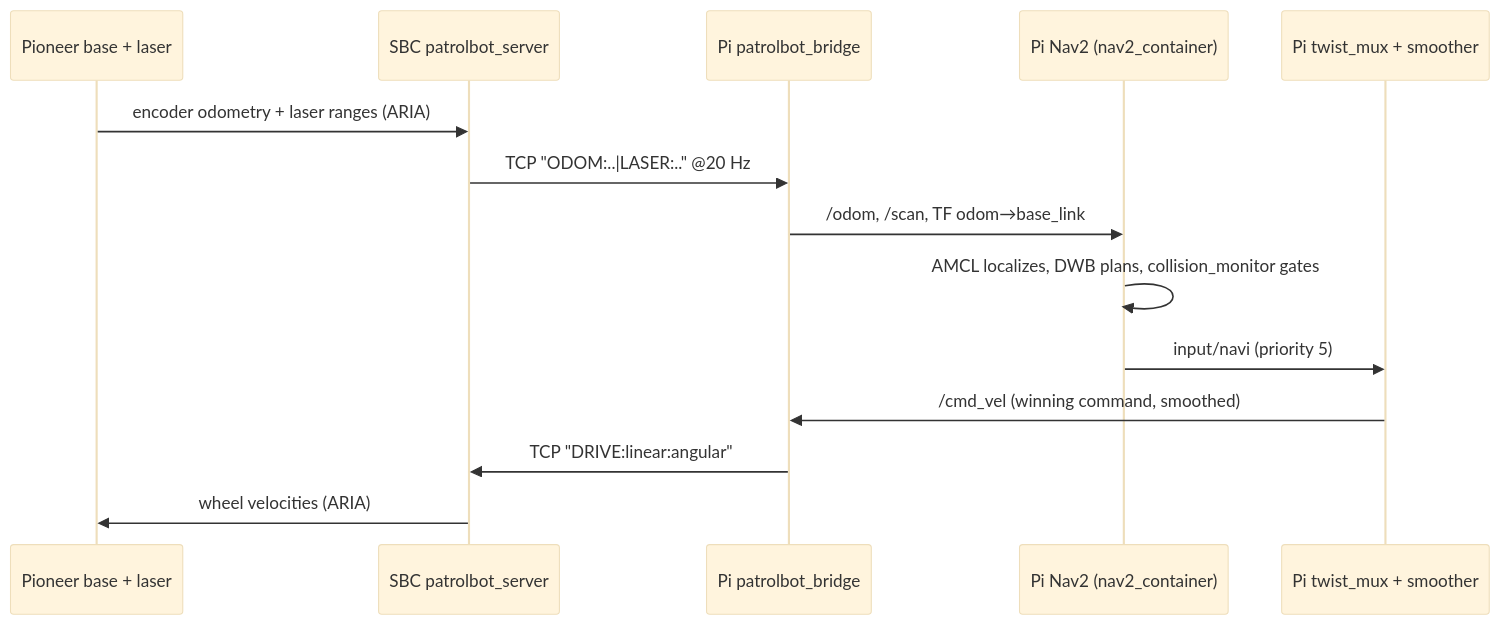
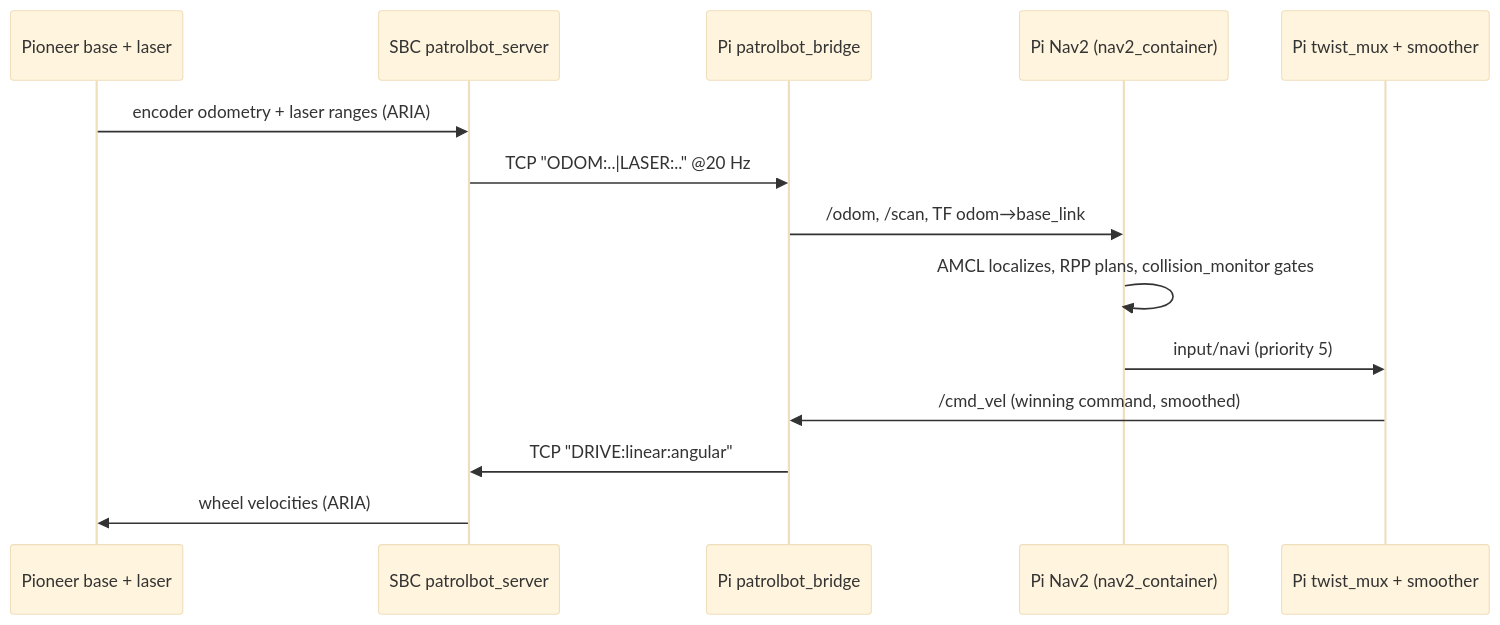
One commit to cmu-impactlab/patrolbot changed the second of 2 diagrams in docs/architecture/overview.md. Above: the diagram before and after it, drawn with Mermaid (base theme). The commit also changed other lines of this file and 7 other files, not shown here.

````diff
--- a/docs/architecture/overview.md
+++ b/docs/architecture/overview.md
@@ -103,17 +102,17 @@
 ```mermaid
 sequenceDiagram
     participant HW as Pioneer base + laser
     participant SBC as SBC patrolbot_server
     participant BR as Pi patrolbot_bridge
     participant NAV as Pi Nav2 (nav2_container)
     participant MUX as Pi twist_mux + smoother
 
     HW->>SBC: encoder odometry + laser ranges (ARIA)
     SBC->>BR: TCP "ODOM:..|LASER:.." @20 Hz
     BR->>NAV: /odom, /scan, TF odom→base_link
-    NAV->>NAV: AMCL localizes, DWB plans, collision_monitor gates
+    NAV->>NAV: AMCL localizes, RPP plans, collision_monitor gates
     NAV->>MUX: input/navi (priority 5)
     MUX->>BR: /cmd_vel (winning command, smoothed)
     BR->>SBC: TCP "DRIVE:linear:angular"
     SBC->>HW: wheel velocities (ARIA)
 ```
````
